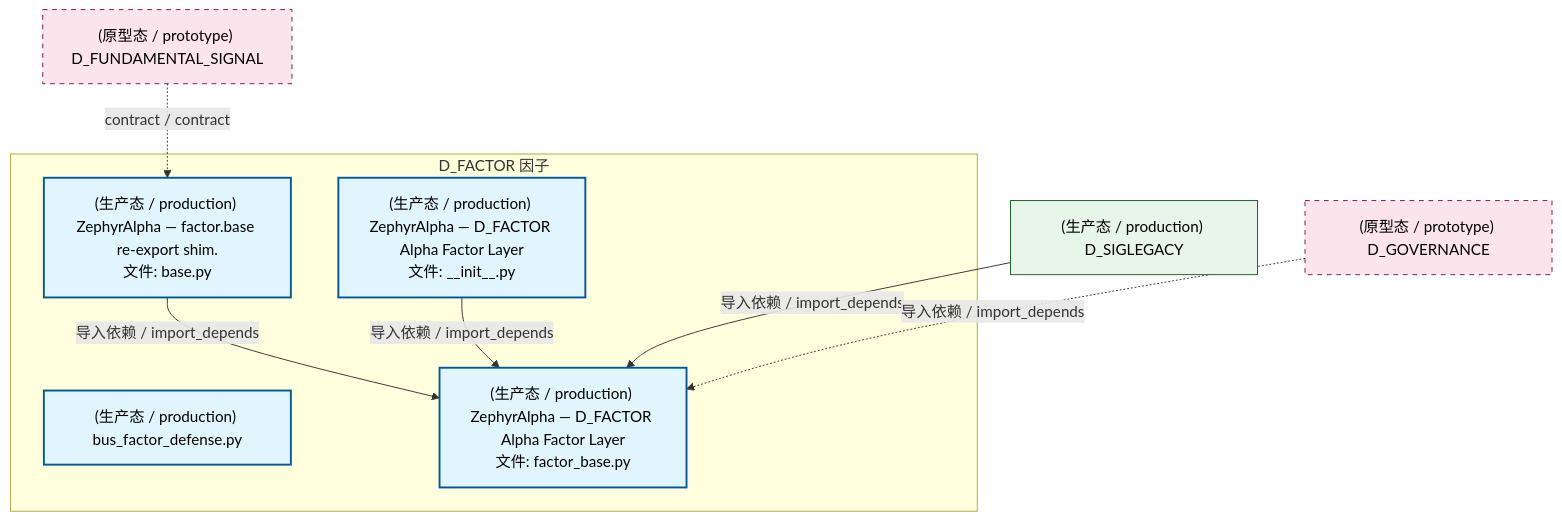
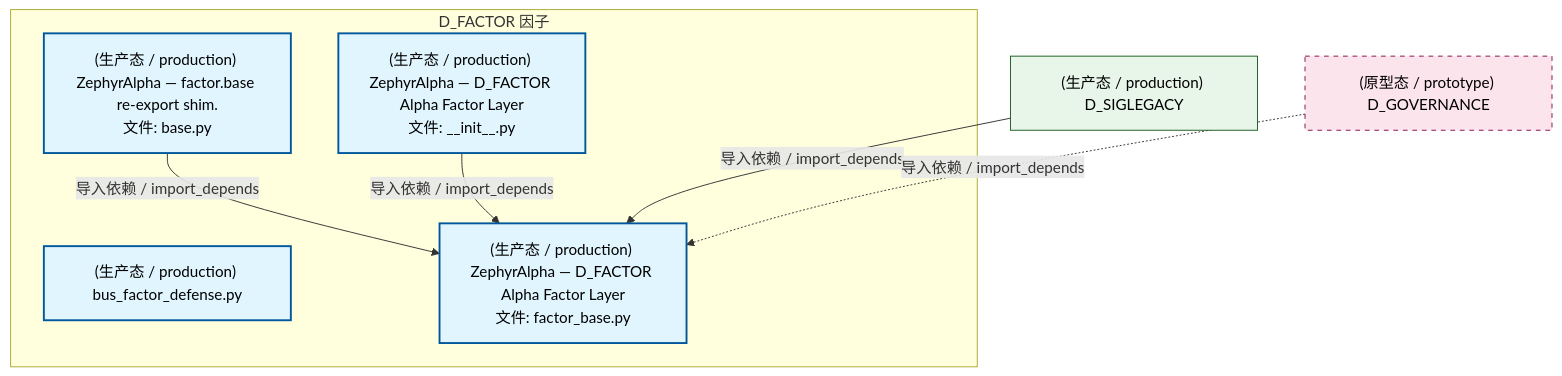
One commit to xuanFelixVan/ZephyrAlpha changed the second of 4 diagrams in docs/02_enterprise_architecture/02_domain_architecture_docs/34_d_factor.md. Above: the diagram before and after it, drawn with Mermaid. The commit also changed other lines of this file and 112 other files, not shown here.

````diff
--- a/docs/02_enterprise_architecture/02_domain_architecture_docs/34_d_factor.md
+++ b/docs/02_enterprise_architecture/02_domain_architecture_docs/34_d_factor.md
@@ -124,24 +118,22 @@
 ```mermaid
 graph TD
     subgraph D_FACTOR["D_FACTOR 因子"]
         src_zephyr_factor_init_py["(生产态 / production) ZephyrAlpha — D_FACTOR Alpha Factor Layer<br/>文件: __init__.py"]
         src_zephyr_factor_base_py["(生产态 / production) ZephyrAlpha — factor.base re-export shim.<br/>文件: base.py"]
         src_zephyr_factor_bus_factor_defense_py["(生产态 / production) bus_factor_defense.py"]
         src_zephyr_factor_factor_base_py["(生产态 / production) ZephyrAlpha — D_FACTOR Alpha Factor Layer<br/>文件: factor_base.py"]
     end
     src_zephyr_factor_base_py -->|导入依赖 / import_depends| src_zephyr_factor_factor_base_py
     src_zephyr_factor_init_py -->|导入依赖 / import_depends| src_zephyr_factor_factor_base_py
-    D_FUNDAMENTAL_SIGNAL["(原型态 / prototype) D_FUNDAMENTAL_SIGNAL"]
-    D_FUNDAMENTAL_SIGNAL -.->|contract / contract| src_zephyr_factor_base_py
     D_SIGLEGACY["(生产态 / production) D_SIGLEGACY"]
     D_SIGLEGACY -->|导入依赖 / import_depends| src_zephyr_factor_factor_base_py
     D_GOVERNANCE["(原型态 / prototype) D_GOVERNANCE"]
     D_GOVERNANCE -.->|导入依赖 / import_depends| src_zephyr_factor_factor_base_py
     classDef production fill:#e1f5fe,stroke:#01579b,stroke-width:2px,color:#000
     classDef design fill:#fff3e0,stroke:#e65100,stroke-width:2px,color:#000,stroke-dasharray: 5 5
     classDef external_prod fill:#e8f5e9,stroke:#1b5e20,stroke-width:1px,color:#000
     classDef external_design fill:#fce4ec,stroke:#880e4f,stroke-width:1px,color:#000,stroke-dasharray: 5 5
     class src_zephyr_factor_init_py,src_zephyr_factor_base_py,src_zephyr_factor_bus_factor_defense_py,src_zephyr_factor_factor_base_py production
     class D_SIGLEGACY external_prod
-    class D_FUNDAMENTAL_SIGNAL,D_GOVERNANCE external_design
+    class D_GOVERNANCE external_design
 ```
````
